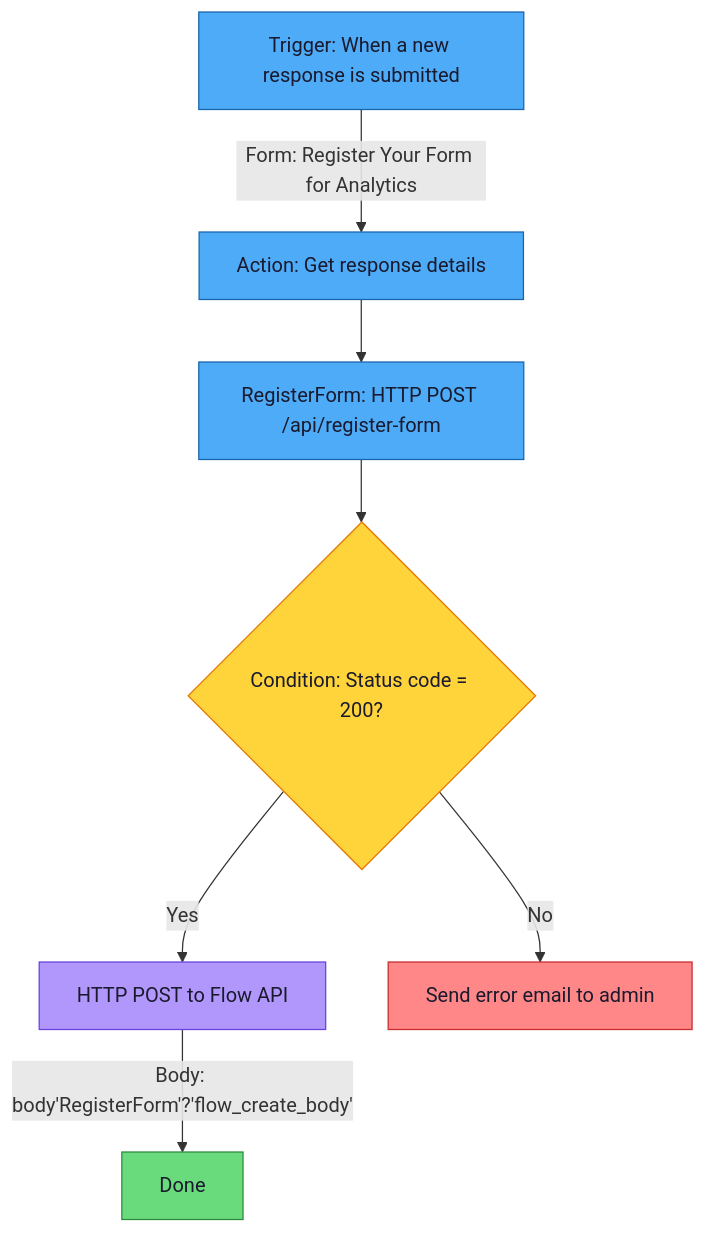
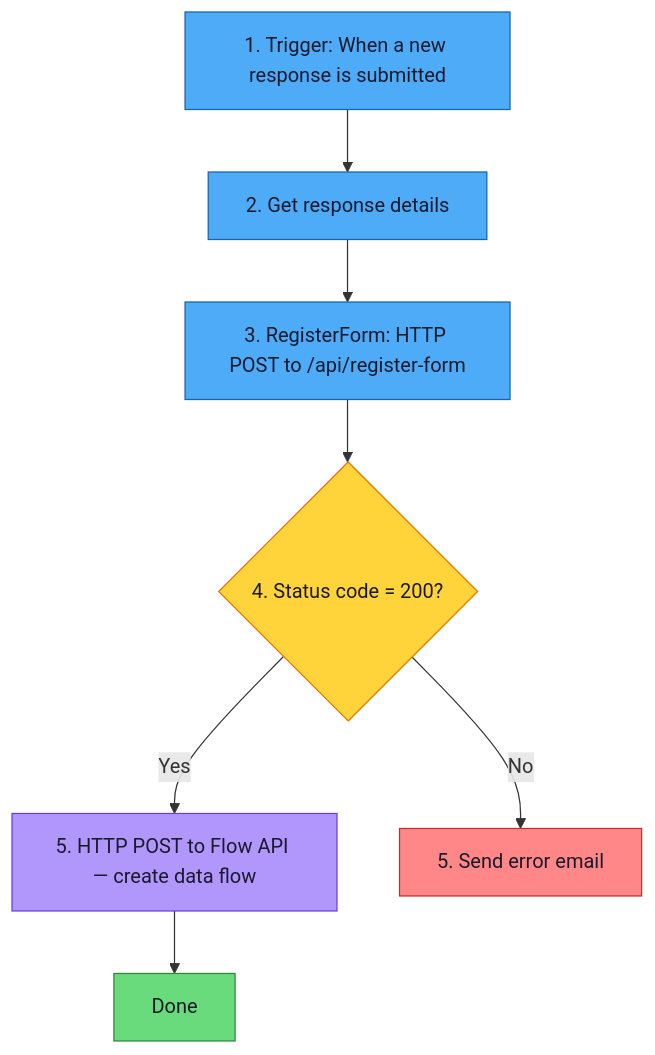
The first of 2 diagrams in docs/registration-form-template.md (michaelhuot-msft/forms-to-fabric), drawn with Mermaid before and after one commit. The commit also changed 1 other file, not shown here.

Commit message:
Script outputs all PA config including Flow API + tenant ID
Generate-FlowBody.ps1 -Registration now outputs:
- RegisterForm HTTP config (URI, key, body)
- Condition structure
- Flow API HTTP config (URI with tenant ID, body expression,
  AD OAuth auth settings)

Diagram simplified: numbered steps, single-line labels, no
edge labels with expressions.

````diff
--- a/docs/registration-form-template.md
+++ b/docs/registration-form-template.md
@@ -86,30 +86,24 @@
 ```mermaid
 flowchart TD
-    T[Trigger: When a new response is submitted]
-    T -->|"Form: Register Your Form for Analytics"| G
-
-    G[Action: Get response details]
-    G --> H
-
-    H["RegisterForm: HTTP POST /api/register-form"]
-    H --> C
-
-    C{Condition: Status code = 200?}
-    C -- Yes --> F["HTTP POST to Flow API"]
-    F -->|"Body: body'RegisterForm'?'flow_create_body'"| OK[Done]
-    C -- No --> ERR[Send error email to admin]
+    T[1. Trigger: When a new response is submitted]
+    T --> G[2. Get response details]
+    G --> H[3. RegisterForm: HTTP POST to /api/register-form]
+    H --> C{4. Status code = 200?}
+    C -- Yes --> F[5. HTTP POST to Flow API — create data flow]
+    C -- No --> ERR[5. Send error email]
+    F --> OK[Done]
 
     classDef primary fill:#4dabf7,stroke:#1864ab,color:#1a1a2e
     classDef success fill:#69db7c,stroke:#2b8a3e,color:#1a1a2e
     classDef warning fill:#ffd43b,stroke:#e67700,color:#1a1a2e
     classDef danger fill:#ff8787,stroke:#c92a2a,color:#1a1a2e
     classDef info fill:#b197fc,stroke:#6741d9,color:#1a1a2e
 
     T:::primary
     G:::primary
     H:::primary
     C:::warning
     F:::info
     OK:::success
     ERR:::danger
 ```
````
